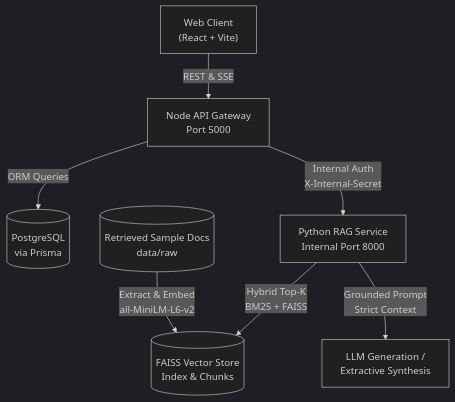
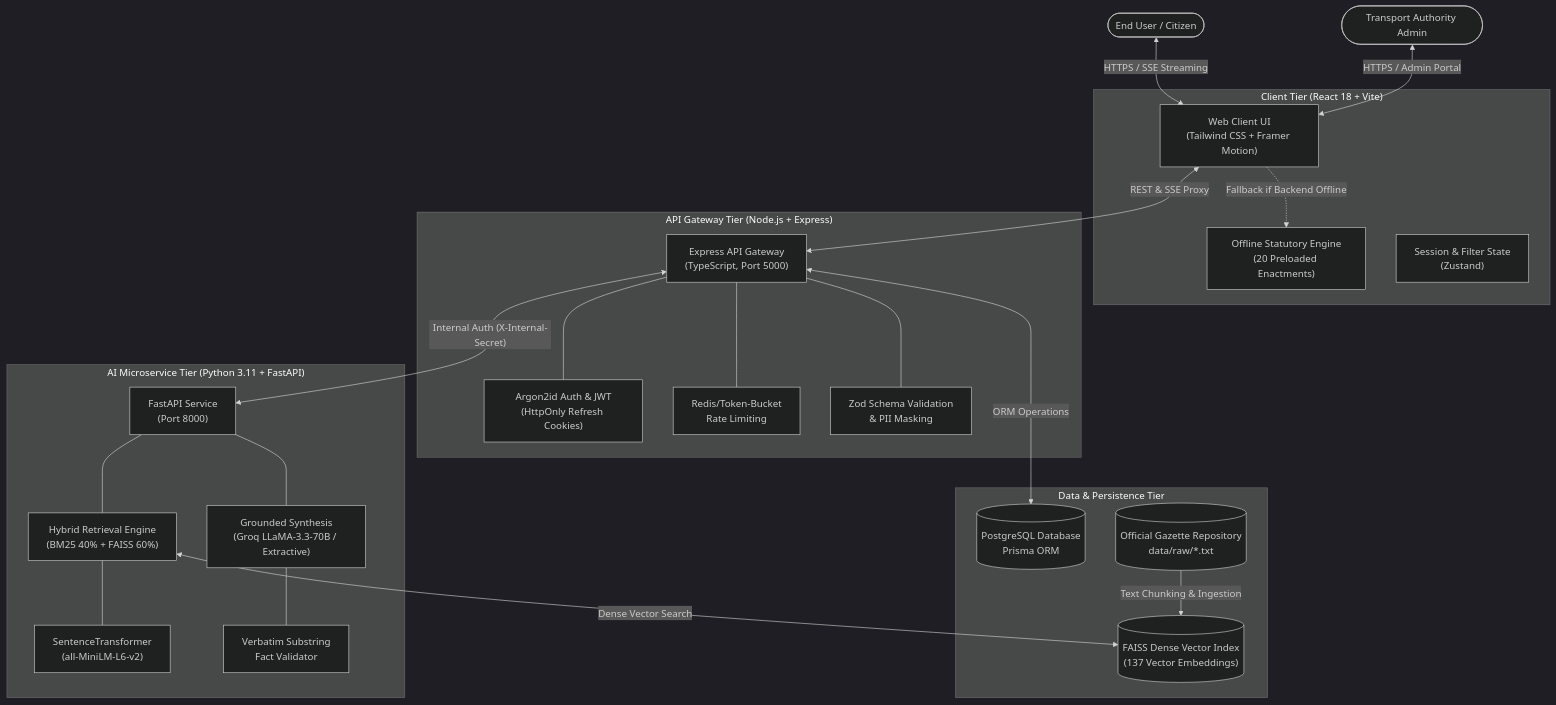
The first of 2 diagrams in README.md (rohithsai1510rohith/GENAI_PROJECT), drawn with Mermaid (dark theme) before and after one commit. The commit also changed other lines of this file, not shown here.

Commit message:
Update README with comprehensive report-grade technical documentation and architecture

````diff
--- a/README.md
+++ b/README.md
@@ -9,17 +64,50 @@
 ```mermaid
 graph TD
-    Client["Web Client<br/>(React + Vite)"]
-    Gateway["Node API Gateway<br/>Port 5000"]
-    Postgres[("PostgreSQL<br/>via Prisma")]
-    AIService["Python RAG Service<br/>Internal Port 8000"]
-    FAISS[("FAISS Vector Store<br/>Index & Chunks")]
-    LLM["LLM Generation /<br/>Extractive Synthesis"]
-    RawDocs[("Retrieved Sample Docs<br/>data/raw")]
+    User(["End User / Citizen"])
+    Admin(["Transport Authority Admin"])
 
-    Client -->|"REST & SSE"| Gateway
-    Gateway -->|"ORM Queries"| Postgres
-    Gateway -->|"Internal Auth<br/>X-Internal-Secret"| AIService
-    AIService -->|"Hybrid Top-K<br/>BM25 + FAISS"| FAISS
-    AIService -->|"Grounded Prompt<br/>Strict Context"| LLM
-    RawDocs -->|"Extract & Embed<br/>all-MiniLM-L6-v2"| FAISS
+    subgraph ClientTier["Client Tier (React 18 + Vite)"]
+        UI["Web Client UI<br/>(Tailwind CSS + Framer Motion)"]
+        OfflineEngine["Offline Statutory Engine<br/>(20 Preloaded Enactments)"]
+        ZustandStore["Session & Filter State<br/>(Zustand)"]
+    end
+
+    subgraph GatewayTier["API Gateway Tier (Node.js + Express)"]
+        Gateway["Express API Gateway<br/>(TypeScript, Port 5000)"]
+        AuthModule["Argon2id Auth & JWT<br/>(HttpOnly Refresh Cookies)"]
+        RateLimiter["Redis/Token-Bucket<br/>Rate Limiting"]
+        Validator["Zod Schema Validation<br/>& PII Masking"]
+    end
+
+    subgraph AITier["AI Microservice Tier (Python 3.11 + FastAPI)"]
+        FastAPIApp["FastAPI Service<br/>(Port 8000)"]
+        HybridRetriever["Hybrid Retrieval Engine<br/>(BM25 40% + FAISS 60%)"]
+        Embedder["SentenceTransformer<br/>(all-MiniLM-L6-v2)"]
+        SynthesisEngine["Grounded Synthesis<br/>(Groq LLaMA-3.3-70B / Extractive)"]
+        Verifier["Verbatim Substring<br/>Fact Validator"]
+    end
+
+    subgraph StorageTier["Data & Persistence Tier"]
+        Postgres[("PostgreSQL Database<br/>Prisma ORM")]
+        FAISSIndex[("FAISS Dense Vector Index<br/>(137 Vector Embeddings)")]
+        RawGazettes[("Official Gazette Repository<br/>data/raw/*.txt")]
+    end
+
+    User <-->|"HTTPS / SSE Streaming"| UI
+    Admin <-->|"HTTPS / Admin Portal"| UI
+    UI <-->|"REST & SSE Proxy"| Gateway
+    UI -.->|"Fallback if Backend Offline"| OfflineEngine
+
+    Gateway <-->|"ORM Operations"| Postgres
+    Gateway <-->|"Internal Auth (X-Internal-Secret)"| FastAPIApp
+    Gateway --- AuthModule
+    Gateway --- RateLimiter
+    Gateway --- Validator
+
+    FastAPIApp --- HybridRetriever
+    HybridRetriever <-->|"Dense Vector Search"| FAISSIndex
+    HybridRetriever --- Embedder
+    FastAPIApp --- SynthesisEngine
+    SynthesisEngine --- Verifier
+    RawGazettes -->|"Text Chunking & Ingestion"| FAISSIndex
 ```
````
